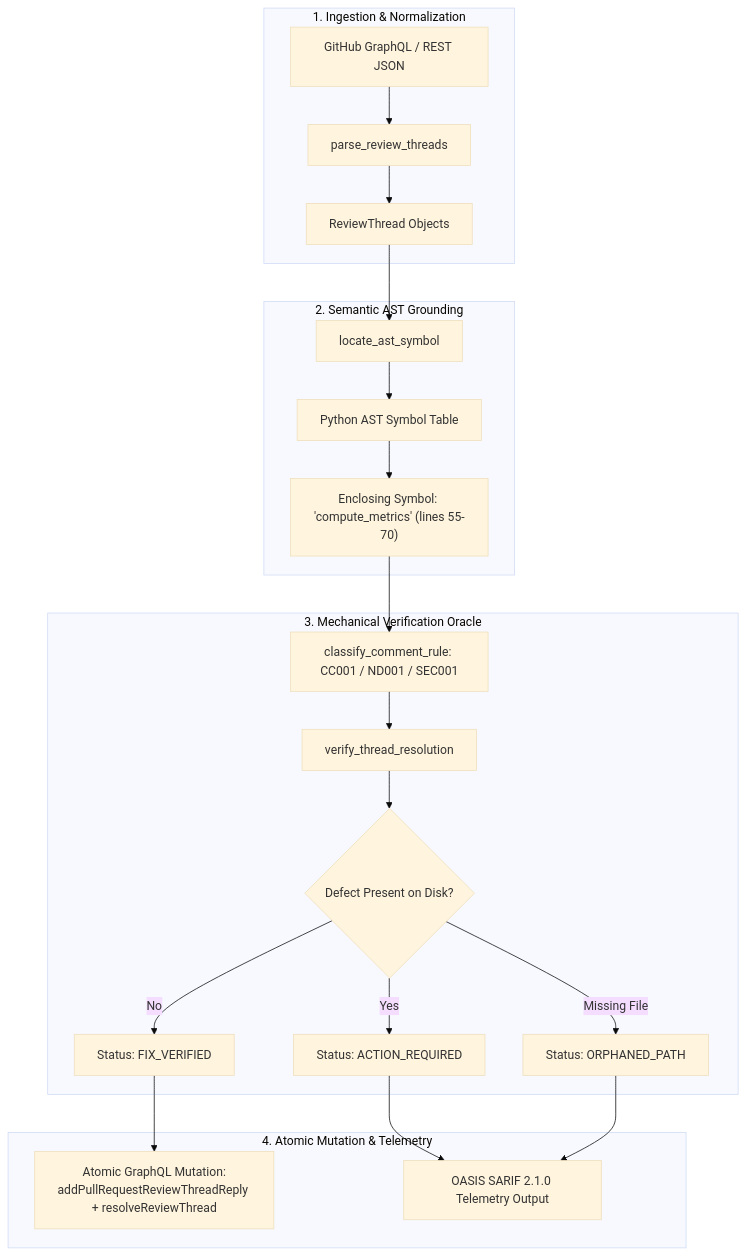
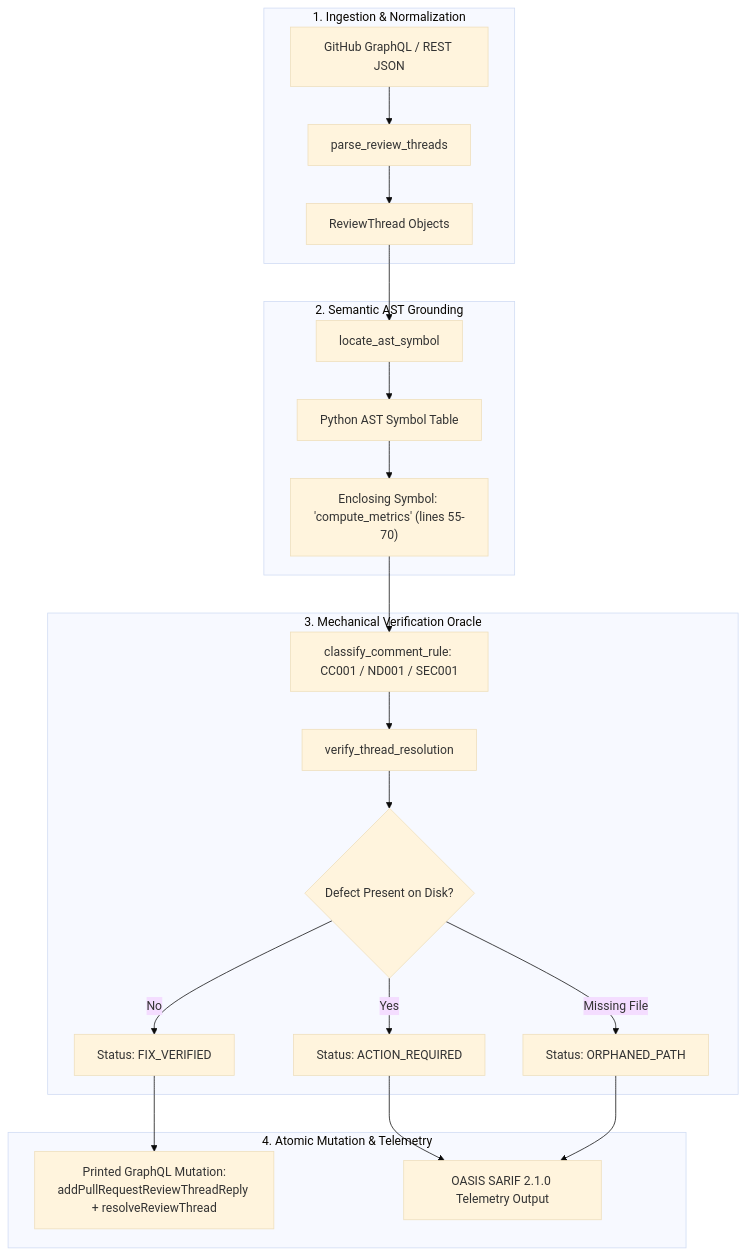
One commit to dan-petty/vibes changed the second of 2 diagrams in observations/systems/46-closed-loop-pr-review-thread-synchronization-and-atomic-resolution.md. Above: the diagram before and after it, drawn with Mermaid (base theme). The commit also changed other lines of this file and 248 other files, not shown here.

````diff
--- a/observations/systems/46-closed-loop-pr-review-thread-synchronization-and-atomic-resolution.md
+++ b/observations/systems/46-closed-loop-pr-review-thread-synchronization-and-atomic-resolution.md
@@ -82,28 +73,28 @@
 ```mermaid
 flowchart TD
     subgraph Ingestion["1. Ingestion & Normalization"]
         G[GitHub GraphQL / REST JSON] --> P[parse_review_threads]
         P --> RT[ReviewThread Objects]
     end
 
     subgraph Grounding["2. Semantic AST Grounding"]
         RT --> LOC[locate_ast_symbol]
         LOC --> AST[Python AST Symbol Table]
         AST --> SYM["Enclosing Symbol: 'compute_metrics' (lines 55-70)"]
     end
 
     subgraph Audit["3. Mechanical Verification Oracle"]
         SYM --> CLAS[classify_comment_rule: CC001 / ND001 / SEC001]
         CLAS --> VFY[verify_thread_resolution]
         VFY --> DEC{Defect Present on Disk?}
         DEC -->|No| VF[Status: FIX_VERIFIED]
         DEC -->|Yes| AR[Status: ACTION_REQUIRED]
         DEC -->|Missing File| OP[Status: ORPHANED_PATH]
     end
 
     subgraph Resolution["4. Atomic Mutation & Telemetry"]
-        VF --> GQL["Atomic GraphQL Mutation:\naddPullRequestReviewThreadReply + resolveReviewThread"]
+        VF --> GQL["Printed GraphQL Mutation:\naddPullRequestReviewThreadReply + resolveReviewThread"]
         AR --> SARIF["OASIS SARIF 2.1.0 Telemetry Output"]
         OP --> SARIF
     end
 ```
````
